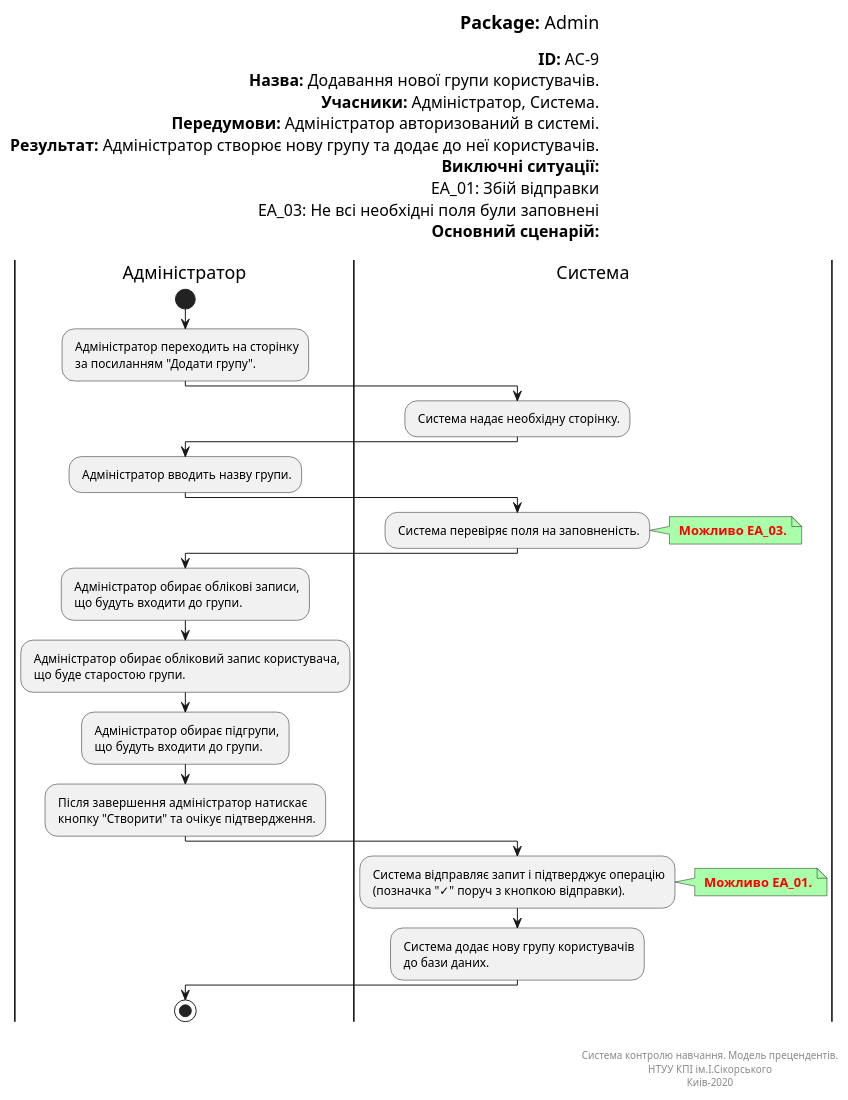
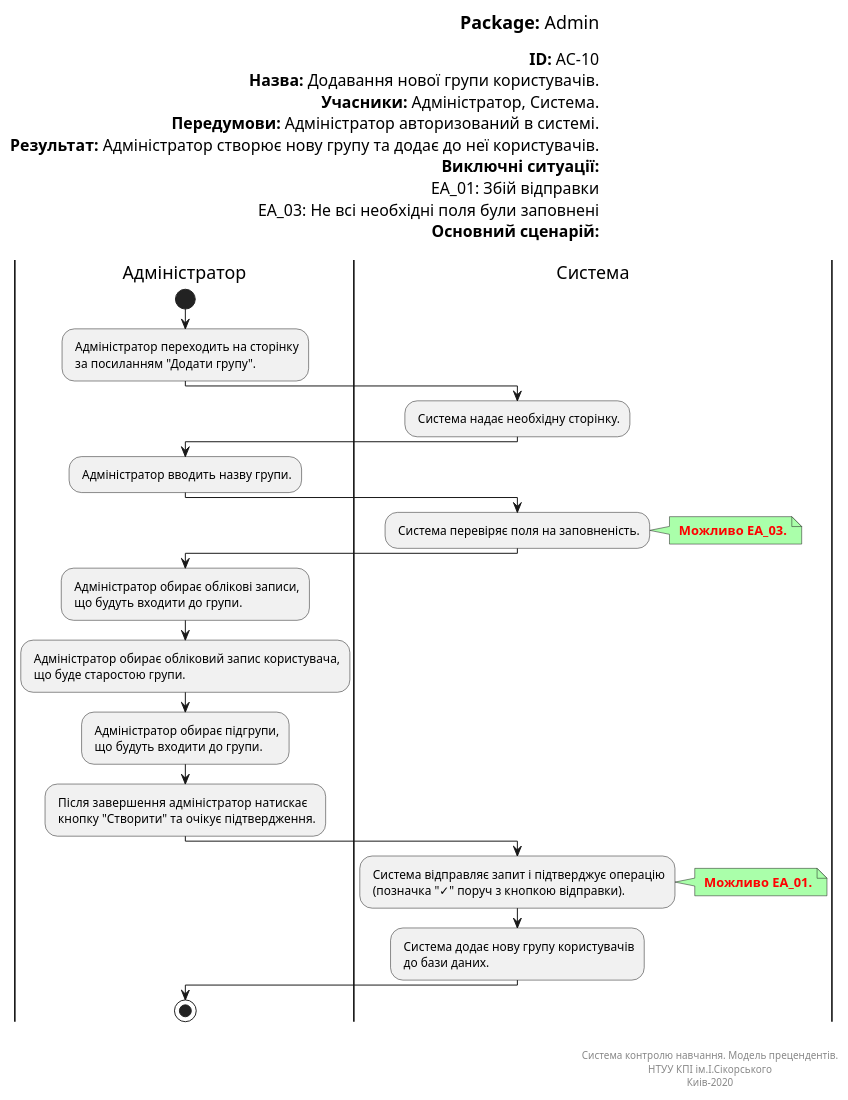
The diagram in docs/UML_Diagrams/scenarios/admin/src/add_group.pu (vladlinu/TeamOne), drawn with PlantUML before and after one commit. The commit also changed 18 other files, not shown here.

```diff
--- a/docs/UML_Diagrams/scenarios/admin/src/add_group.pu
+++ b/docs/UML_Diagrams/scenarios/admin/src/add_group.pu
@@ -1,70 +1,70 @@
 @startuml
 left header
 <font color=000 size=18><b>Package:</b> Admin
 
-<font color=000 size=16><b>ID:</b> AC-9
+<font color=000 size=16><b>ID:</b> AC-10
 <font color=000 size=16><b>Назва:</b> Додавання нової групи користувачів.
 <font color=000 size=16><b>Учасники:</b> Адміністратор, Система.
 <font color=000 size=16><b>Передумови:</b> Адміністратор авторизований в системі.
 <font color=000 size=16><b>Результат:</b> Адміністратор створює нову групу та додає до неї користувачів.
 <font color=000 size=16><b>Виключні ситуації:</b>
 <font color=000 size=16> EA_01: Збій відправки
 <font color=000 size=16> EA_03: Не всі необхідні поля були заповнені
 <font color=000 size=16><b>Основний сценарій:</b>
 
 end header
 
 |Адміністратор|
 start
 : Адміністратор переходить на сторінку 
  за посиланням "Додати групу".;
 
 |Система|
 : Система надає необхідну сторінку.;
 
 |Адміністратор|
 : Адміністратор вводить назву групи.;
 
 |Система|
 : Система перевіряє поля на заповненість.;
 
 note right #aaffaa
 <font color=red><b> Можливо EA_03.
 end note
 
 |Адміністратор|
 : Адміністратор обирає облікові записи,
  що будуть входити до групи.;
 
 : Адміністратор обирає обліковий запис користувача,
  що буде старостою групи.;
 
 : Адміністратор обирає підгрупи,
  що будуть входити до групи.;
 
 |Адміністратор|
 : Після завершення  адміністратор натискає
  кнопку "Створити" та очікує підтвердження.;
 
 |Система|
 : Система відправляє запит і підтверджує операцію
  (позначка "✓" поруч з кнопкою відправки).;
 
 note right #aaffaa
 <font color=red><b> Можливо EA_01.
 end note
 
 : Система додає нову групу користувачів
  до бази даних.;
 
 |Адміністратор|
 stop;
 
 right footer
 
 
 Система контролю навчання. Модель прецендентів.
 НТУУ КПІ ім.І.Сікорського
 Киів-2020
 end footer
 @enduml
```
